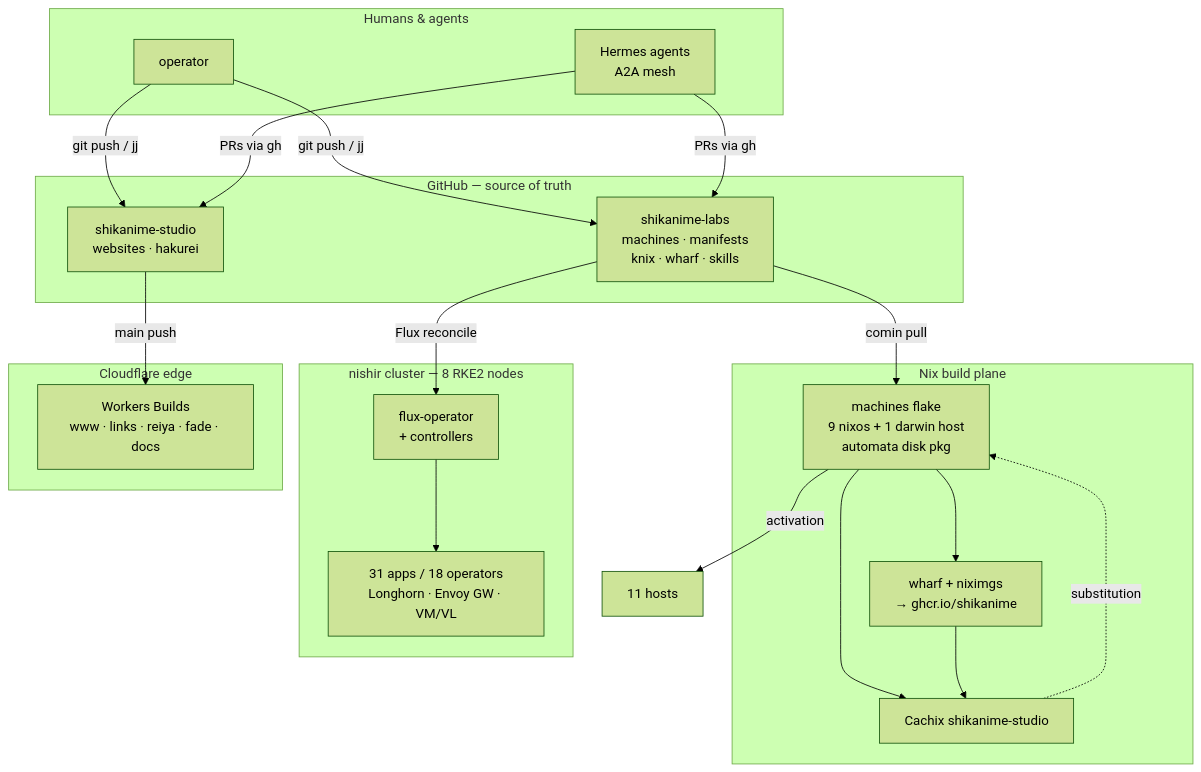
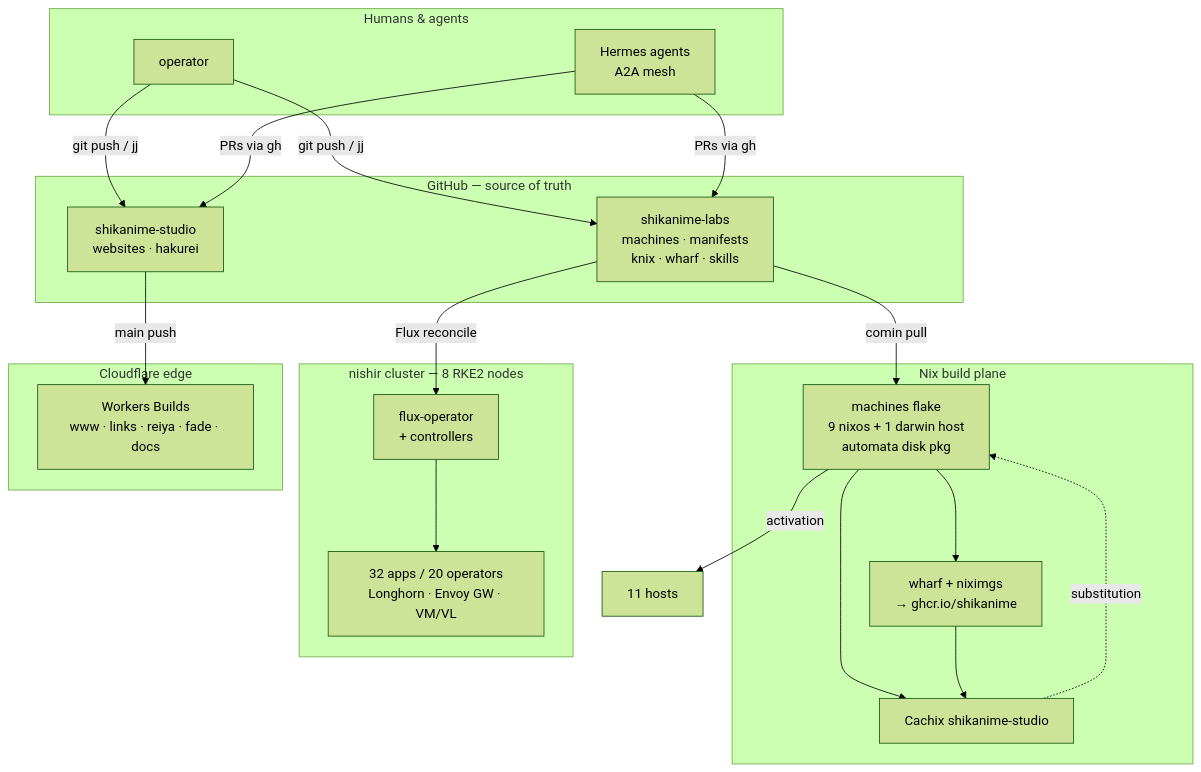
The first of 2 diagrams in apps/docs/docs/architecture/system-architecture.md (shikanime-studio/websites), drawn with Mermaid (forest theme) before and after one commit. The commit also changed 16 other files, not shown here.

````diff
--- a/apps/docs/docs/architecture/system-architecture.md
+++ b/apps/docs/docs/architecture/system-architecture.md
@@ -12,39 +12,39 @@
 ```mermaid
 flowchart TB
   subgraph humans["Humans & agents"]
     OP[operator]
     AG[Hermes agents<br/>A2A mesh]
   end
 
   subgraph vcs["GitHub — source of truth"]
     LAB["shikanime-labs<br/>machines · manifests<br/>knix · wharf · skills"]
     STD["shikanime-studio<br/>websites · hakurei"]
   end
 
   subgraph nix["Nix build plane"]
     FLAKE["machines flake<br/>9 nixos + 1 darwin host<br/>automata disk pkg"]
     IMG["wharf + niximgs<br/>→ ghcr.io/shikanime"]
     CACHE[Cachix shikanime-studio]
     FLAKE --> IMG
     FLAKE --> CACHE
     IMG --> CACHE
   end
 
   subgraph cluster["nishir cluster — 8 RKE2 nodes"]
     FLUX[flux-operator<br/>+ controllers]
-    APPS["31 apps / 18 operators<br/>Longhorn · Envoy GW · VM/VL"]
+    APPS["32 apps / 20 operators<br/>Longhorn · Envoy GW · VM/VL"]
     FLUX --> APPS
   end
 
   subgraph edge["Cloudflare edge"]
     WORKERS["Workers Builds<br/>www · links · reiya · fade · docs"]
   end
 
   OP -->|git push / jj| LAB & STD
   AG -->|PRs via gh| LAB & STD
   LAB -->|comin pull| FLAKE
   FLAKE -->|activation| HOSTS["11 hosts"]
   LAB -->|Flux reconcile| FLUX
   STD -->|main push| WORKERS
   CACHE -.->|substitution| FLAKE
 ```
````
